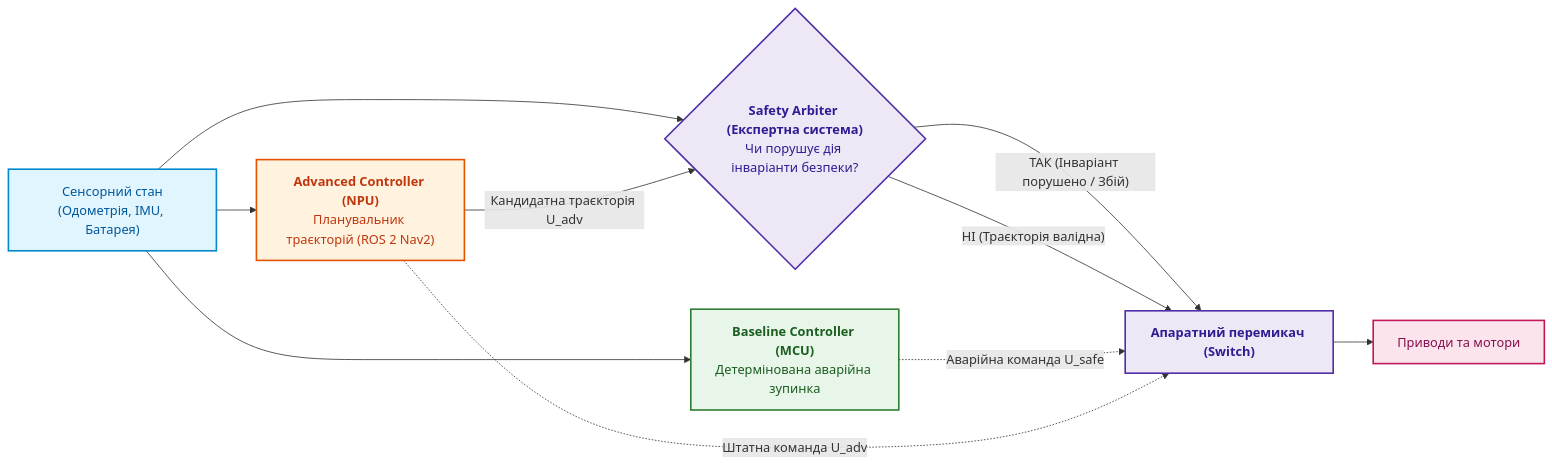
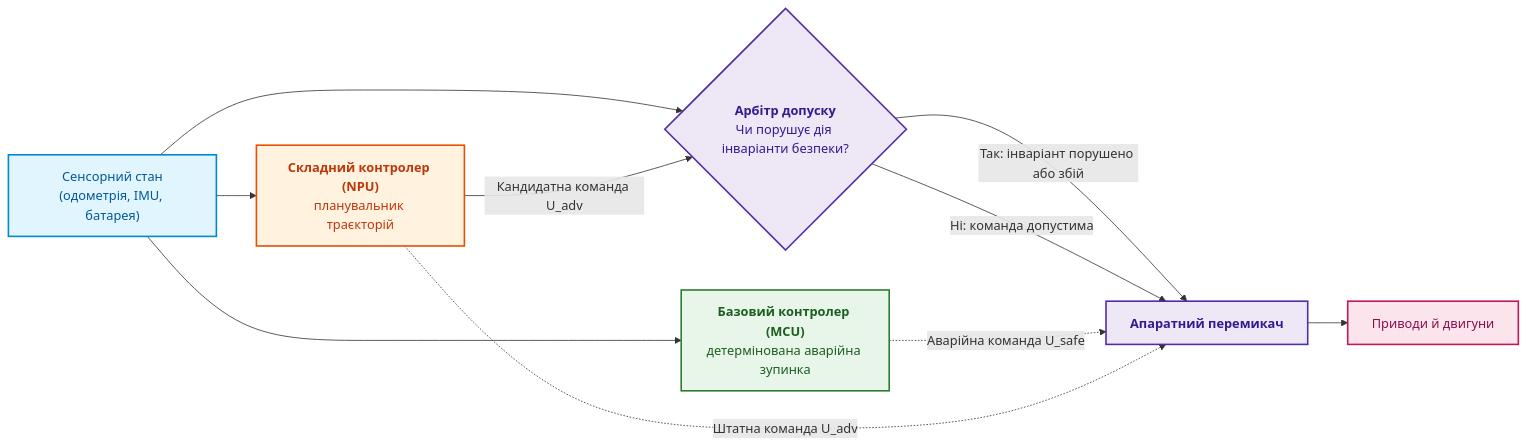
Before and after one commit to nick-fedchik/articles: the third of 8 diagrams in ExpertSystem/appendix-b-robotics-and-cyber-physical-systems.md, drawn with Mermaid. The commit also changed other lines of this file, not shown here.

````diff
--- a/ExpertSystem/appendix-b-robotics-and-cyber-physical-systems.md
+++ b/ExpertSystem/appendix-b-robotics-and-cyber-physical-systems.md
@@ -127,31 +113,31 @@
 ```mermaid
 flowchart LR
-    accTitle: Схема Simplex-архітектури для автономного робота
-    accDescr: Перемикання між Advanced Controller та Baseline Controller через Safety Arbiter на базі правил експертної системи.
+    accTitle: Архітектура Сімплекс для автономного робота
+    accDescr: Перемикання між складним і базовим контролерами через арбітр допуску на правилах експертної системи.
 
-    SENS["Сенсорний стан<br/>(Одометрія, IMU, Батарея)"] --> ADV["<b>Advanced Controller (NPU)</b><br/>Планувальник траєкторій (ROS 2 Nav2)"]
-    SENS --> BASE["<b>Baseline Controller (MCU)</b><br/>Детермінована аварійна зупинка"]
-    SENS --> ARB{"<b>Safety Arbiter (Експертна система)</b><br/>Чи порушує дія інваріанти безпеки?"}
+    SENS["Сенсорний стан<br/>(одометрія, IMU, батарея)"] --> ADV["<b>Складний контролер (NPU)</b><br/>планувальник траєкторій"]
+    SENS --> BASE["<b>Базовий контролер (MCU)</b><br/>детермінована аварійна зупинка"]
+    SENS --> ARB{"<b>Арбітр допуску</b><br/>Чи порушує дія інваріанти безпеки?"}
 
-    ADV -->|"Кандидатна траєкторія U_adv"| ARB
+    ADV -->|"Кандидатна команда U_adv"| ARB
 
-    ARB -->|"ТАК (Інваріант порушено / Збій)"| SW["<b>Апаратний перемикач (Switch)</b>"]
-    ARB -->|"НІ (Траєкторія валідна)"| SW
+    ARB -->|"Так: інваріант порушено або збій"| SW["<b>Апаратний перемикач</b>"]
+    ARB -->|"Ні: команда допустима"| SW
 
     BASE -.->|"Аварійна команда U_safe"| SW
     ADV -.->|"Штатна команда U_adv"| SW
 
-    SW --> ACT["Приводи та мотори"]
+    SW --> ACT["Приводи й двигуни"]
 
     classDef sens fill:#e1f5fe,stroke:#0288d1,stroke-width:2px,color:#01579b;
     classDef adv fill:#fff3e0,stroke:#e65100,stroke-width:2px,color:#bf360c;
     classDef safe fill:#e8f5e9,stroke:#2e7d32,stroke-width:2px,color:#1b5e20;
     classDef arb fill:#ede7f6,stroke:#512da8,stroke-width:2px,color:#311b92;
     classDef act fill:#fce4ec,stroke:#c2185b,stroke-width:2px,color:#880e4f;
 
     class SENS sens;
     class ADV adv;
     class BASE safe;
     class ARB,SW arb;
     class ACT act;
 ```
````
